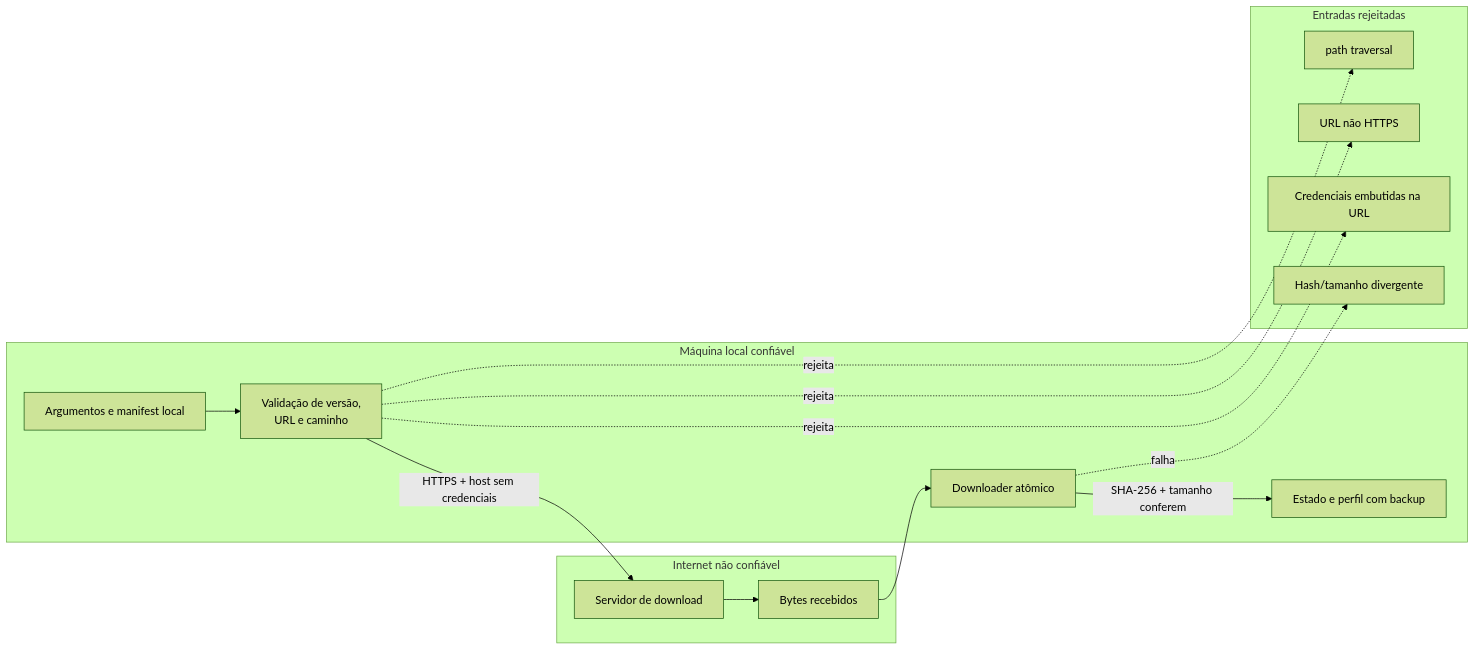
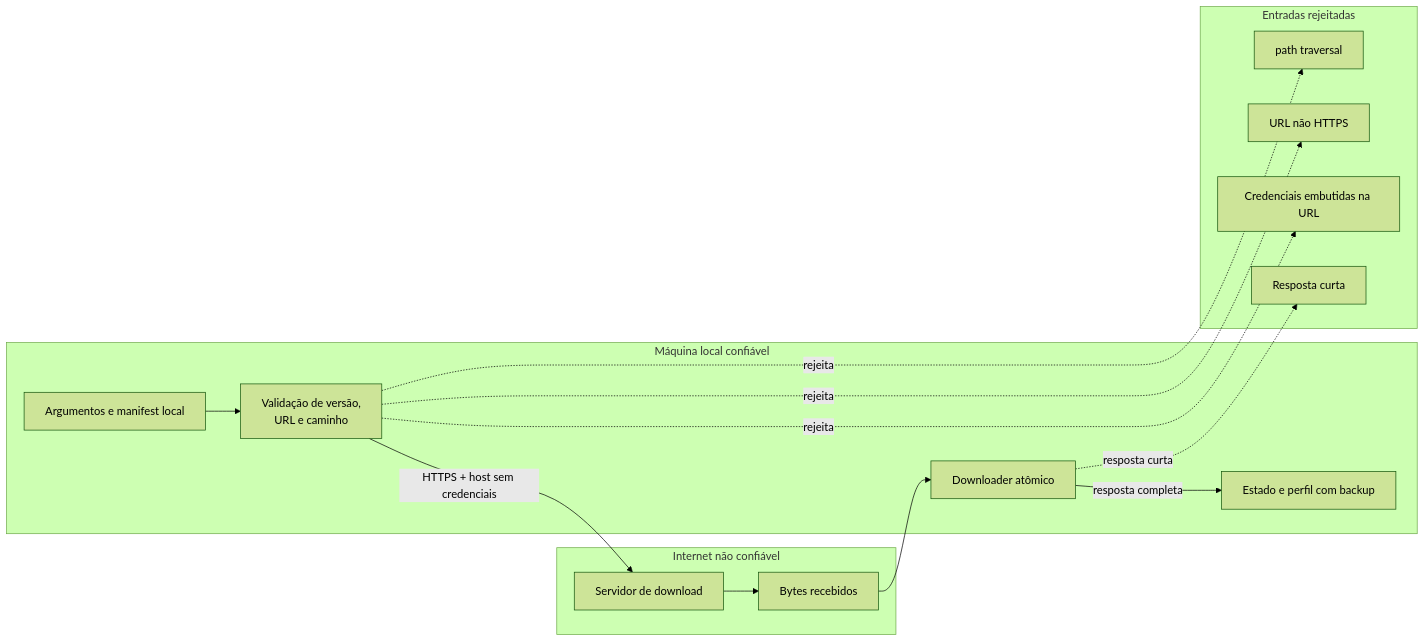
Before and after one commit to venysssssssssss/only-bangers-mine-server: the fourth of 6 diagrams in docs/architecture.md, drawn with Mermaid (forest theme). The commit also changed other lines of this file and 7 other files, not shown here.

````diff
--- a/docs/architecture.md
+++ b/docs/architecture.md
@@ -110,28 +110,28 @@
 ```mermaid
 flowchart LR
     subgraph Local[Máquina local confiável]
         Cli[Argumentos e manifest local]
         Validate[Validação de versão,<br/>URL e caminho]
         Download[Downloader atômico]
         State[Estado e perfil com backup]
     end
     subgraph Internet[Internet não confiável]
         URL[Servidor de download]
         Payload[Bytes recebidos]
     end
     subgraph Reject[Entradas rejeitadas]
         Traversal[path traversal]
         Insecure[URL não HTTPS]
         Credentials[Credenciais embutidas na URL]
-        HashMismatch[Hash/tamanho divergente]
+        HashMismatch[Resposta curta]
     end
 
     Cli --> Validate
     Validate -->|HTTPS + host sem credenciais| URL
     Validate -. rejeita .-> Traversal
     Validate -. rejeita .-> Insecure
     Validate -. rejeita .-> Credentials
     URL --> Payload --> Download
-    Download -->|SHA-256 + tamanho conferem| State
-    Download -. falha .-> HashMismatch
+    Download -->|resposta completa| State
+    Download -. resposta curta .-> HashMismatch
 ```
````
